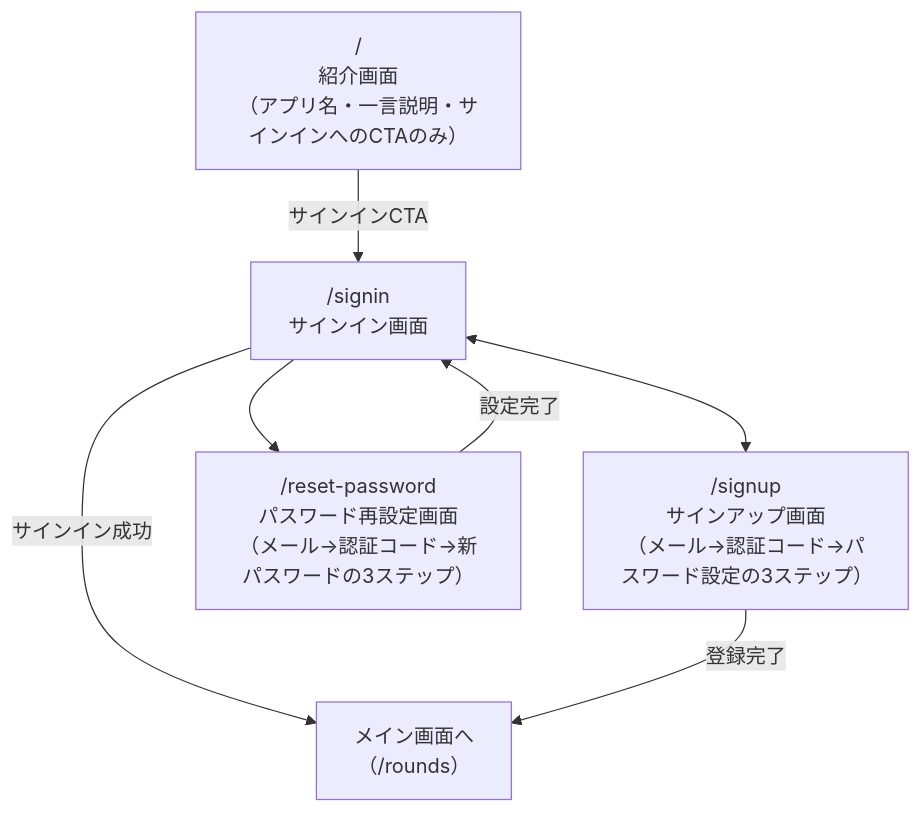
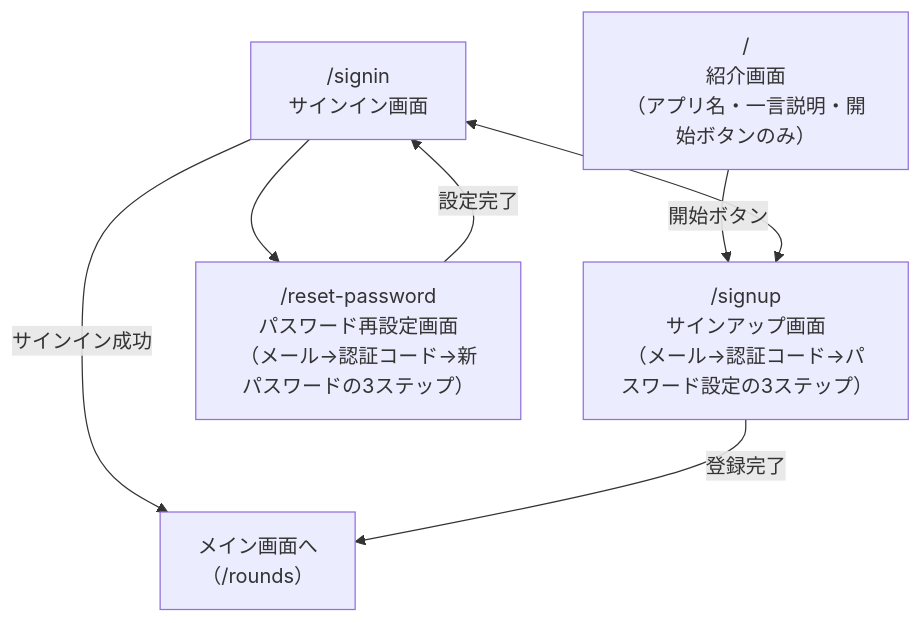
One commit to yukiyamasaki6/aims changed the first of 5 diagrams in docs/screen-flow.md. Above: the diagram before and after it, drawn with Mermaid. The commit also changed other lines of this file and 5 other files, not shown here.

````diff
--- a/docs/screen-flow.md
+++ b/docs/screen-flow.md
@@ -7,15 +7,15 @@
 ```mermaid
 flowchart TD
-    Landing["/<br/>紹介画面<br/>（アプリ名・一言説明・サインインへのCTAのみ）"]
+    Landing["/<br/>紹介画面<br/>（アプリ名・一言説明・開始ボタンのみ）"]
     SignIn["/signin<br/>サインイン画面"]
     SignUp["/signup<br/>サインアップ画面<br/>（メール→認証コード→パスワード設定の3ステップ）"]
     ResetPass["/reset-password<br/>パスワード再設定画面<br/>（メール→認証コード→新パスワードの3ステップ）"]
     MainApp["メイン画面へ<br/>（/rounds）"]
 
-    Landing -->|サインインCTA| SignIn
+    Landing -->|開始ボタン| SignUp
     SignIn <--> SignUp
     SignIn --> ResetPass
     SignIn -->|サインイン成功| MainApp
     SignUp -->|登録完了| MainApp
     ResetPass -->|設定完了| SignIn
 ```
````
